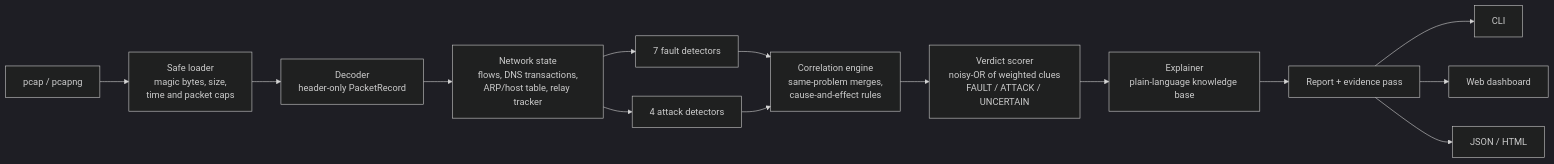
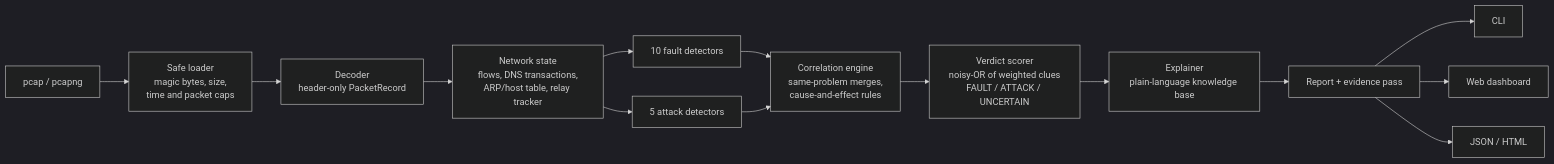
The diagram in README.md (sainatha-reddy/cybersec_hackathon), drawn with Mermaid (dark theme) before and after one commit. The commit also changed other lines of this file and 8 other files, not shown here.

````diff
--- a/README.md
+++ b/README.md
@@ -140,16 +176,16 @@
 ```mermaid
 flowchart LR
     A[pcap / pcapng] --> B[Safe loader<br/>magic bytes, size,<br/>time and packet caps]
     B --> C[Decoder<br/>header-only PacketRecord]
     C --> D[Network state<br/>flows, DNS transactions,<br/>ARP/host table, relay tracker]
-    D --> E1[7 fault detectors]
-    D --> E2[4 attack detectors]
+    D --> E1[10 fault detectors]
+    D --> E2[5 attack detectors]
     E1 --> F[Correlation engine<br/>same-problem merges,<br/>cause-and-effect rules]
     E2 --> F
     F --> G[Verdict scorer<br/>noisy-OR of weighted clues<br/>FAULT / ATTACK / UNCERTAIN]
     G --> H[Explainer<br/>plain-language knowledge base]
     H --> I[Report + evidence pass]
     I --> J1[CLI]
     I --> J2[Web dashboard]
     I --> J3[JSON / HTML]
 ```
````
